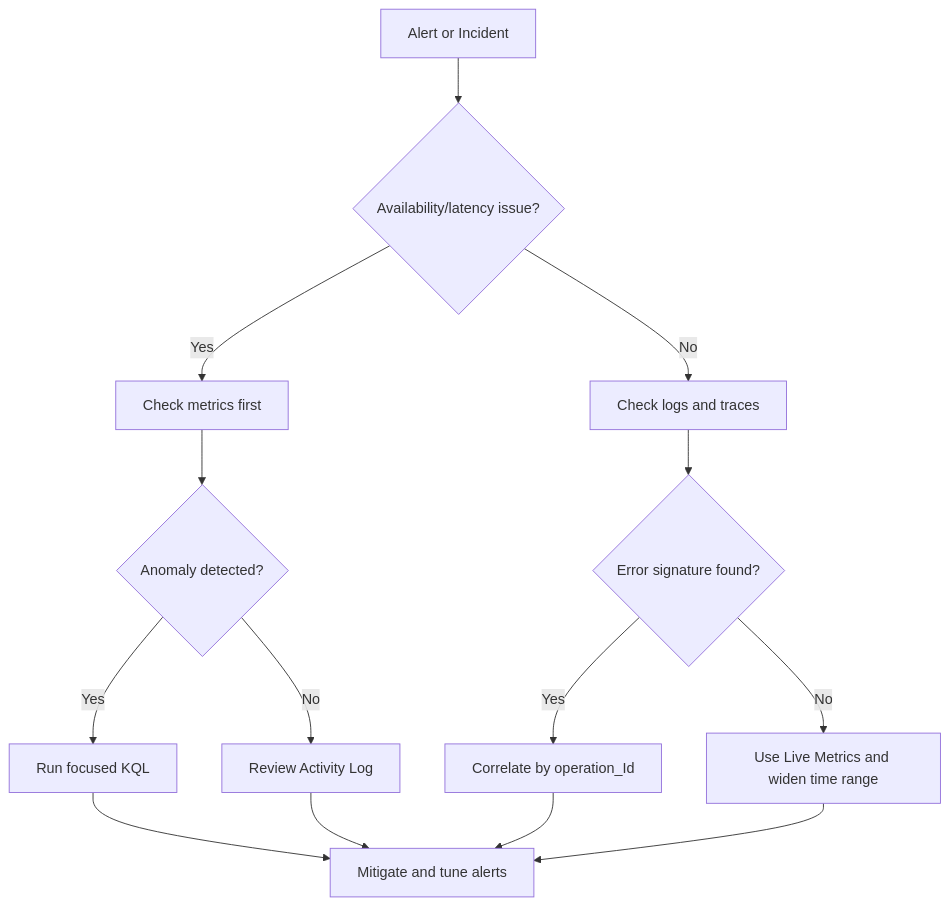
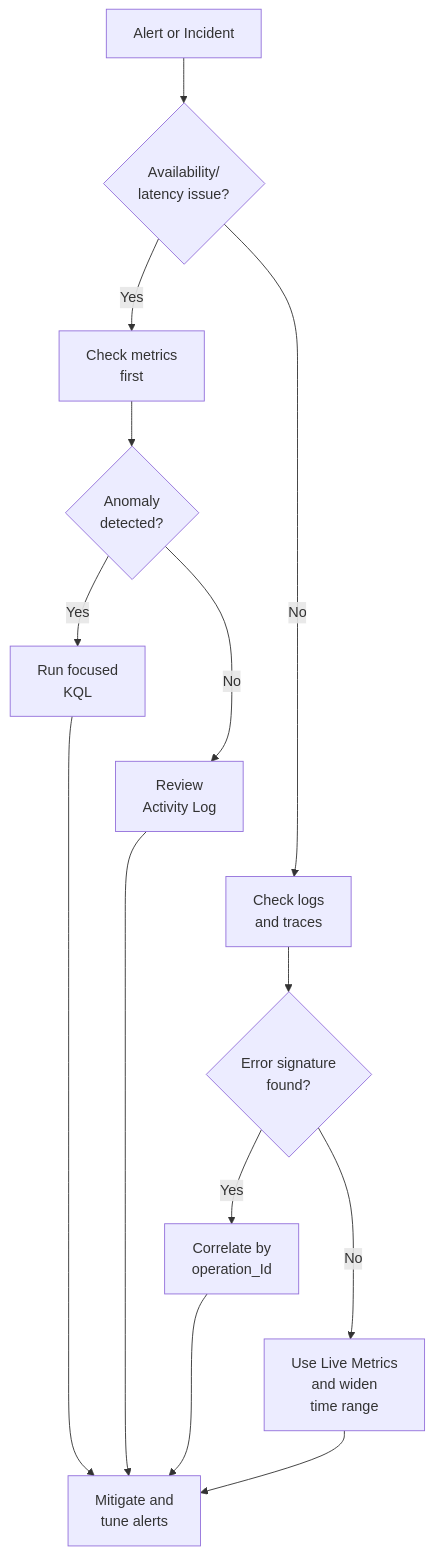
One commit to yeongseon/azure-functions-practical-guide changed the second of 2 diagrams in docs/operations/monitoring.md. Above: the diagram before and after it, drawn with Mermaid. The commit also changed other lines of this file and 1 other file, not shown here.

First line of the commit message:
docs(diagrams): clarify monitoring signals and investigation flows (#527)

````diff
--- a/docs/operations/monitoring.md
+++ b/docs/operations/monitoring.md
@@ -329,16 +344,22 @@
 ```mermaid
 flowchart TD
-    A[Alert or Incident] --> B{"Availability/latency issue?"}
-    B -- Yes --> C[Check metrics first]
-    B -- No --> D[Check logs and traces]
-    C --> E{Anomaly detected?}
-    E -- Yes --> F[Run focused KQL]
-    E -- No --> G[Review Activity Log]
-    D --> H{Error signature found?}
-    H -- Yes --> I[Correlate by operation_Id]
-    H -- No --> J[Use Live Metrics and widen time range]
-    F --> K[Mitigate and tune alerts]
+    accTitle: Operational monitoring investigation decisions
+    accDescr: Illustrative triage order, not a deterministic diagnosis. Availability or latency concerns lead to metrics and anomaly checks; other concerns lead to logs and traces and an error-signature check. All Yes and No branches retain their analysis actions and converge on mitigation and alert tuning. Correlation and Live Metrics depend on collected telemetry and supported configuration; missing signals do not prove the app healthy.
+    A["Alert or Incident"] --> B{"Availability/<br/>latency issue?"}
+    B -- Yes --> C["Check metrics<br/>first"]
+    B -- No --> D["Check logs<br/>and traces"]
+    C --> E{"Anomaly<br/>detected?"}
+    E -- Yes --> F["Run focused<br/>KQL"]
+    E -- No --> G["Review<br/>Activity Log"]
+    D --> H{"Error signature<br/>found?"}
+    H -- Yes --> I["Correlate by<br/>operation_Id"]
+    H -- No --> J["Use Live Metrics<br/>and widen<br/>time range"]
+    F --> K["Mitigate and<br/>tune alerts"]
     G --> K
     I --> K
     J --> K
+    %% Layout-only links serialize alternatives; they add no decisions or actions.
+    F ~~~ G
+    G ~~~ D
+    I ~~~ J
 ```
````
